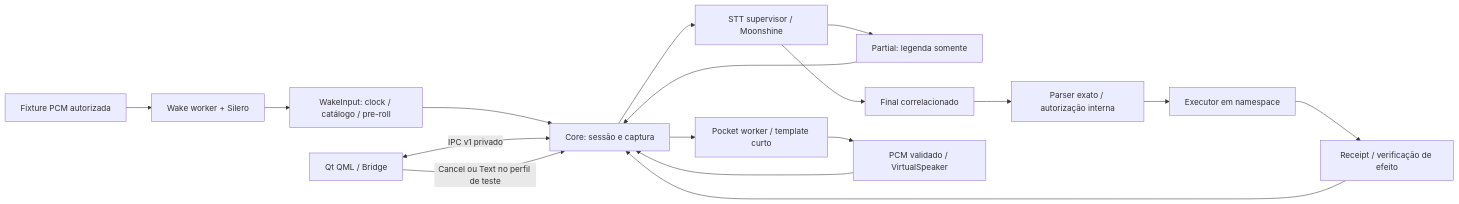
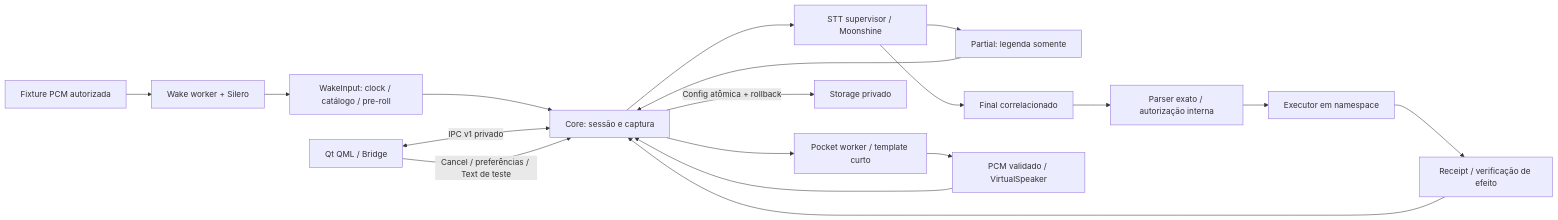
One commit to LQ13ofc/Gideon2 changed the diagram in docs/BASE_UI_MAP.md. Above: the diagram before and after it, drawn with Mermaid. The commit also changed other lines of this file and 11 other files, not shown here.

````diff
--- a/docs/BASE_UI_MAP.md
+++ b/docs/BASE_UI_MAP.md
@@ -7,19 +8,20 @@
 ```mermaid
 flowchart LR
   PCM[Fixture PCM autorizada] --> W[Wake worker + Silero]
   W --> WI[WakeInput: clock / catálogo / pre-roll]
   WI --> C[Core: sessão e captura]
   C --> SW[STT supervisor / Moonshine]
   SW --> P[Partial: legenda somente]
   P --> C
   SW --> F[Final correlacionado]
   F --> CMD[Parser exato / autorização interna]
   CMD --> EX[Executor em namespace]
   EX --> R[Receipt / verificação de efeito]
   R --> C
   C --> T[Pocket worker / template curto]
   T --> V[PCM validado / VirtualSpeaker]
   V --> C
   UI[Qt QML / Bridge] <-->|IPC v1 privado| C
-  UI -->|Cancel ou Text no perfil de teste| C
+  UI -->|Cancel / preferências / Text de teste| C
+  C -->|Config atômica + rollback| S[Storage privado]
 ```
````
